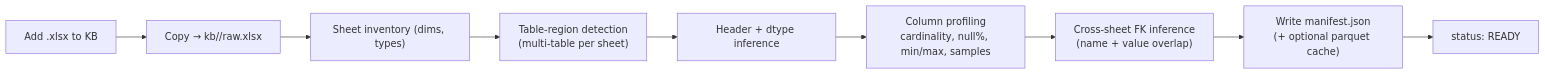
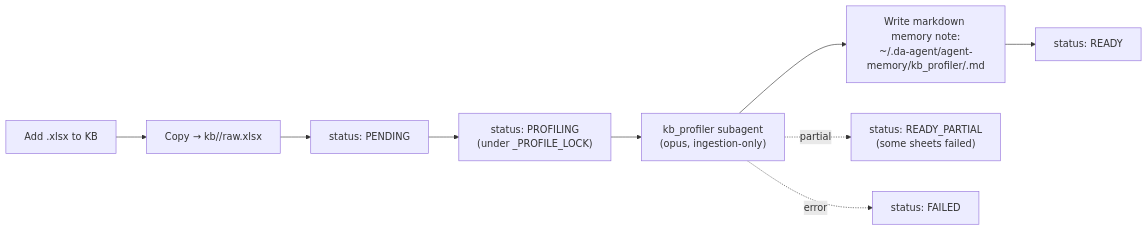
Before and after one commit to PhuongBui712/da-agent-be: the second of 11 diagrams in docs/technical-spec.md, drawn with Mermaid. The commit also changed other lines of this file and 2 other files, not shown here.

````diff
--- a/docs/technical-spec.md
+++ b/docs/technical-spec.md
@@ -108,11 +119,11 @@
 ```mermaid
 flowchart LR
   A["Add .xlsx to KB"] --> B["Copy → kb/<id>/raw.xlsx"]
-  B --> C["Sheet inventory (dims, types)"]
-  C --> D["Table-region detection<br/>(multi-table per sheet)"]
-  D --> E["Header + dtype inference"]
-  E --> F["Column profiling<br/>cardinality, null%, min/max, samples"]
-  F --> G["Cross-sheet FK inference<br/>(name + value overlap)"]
-  G --> H["Write manifest.json<br/>(+ optional parquet cache)"]
-  H --> I["status: READY"]
+  B --> P["status: PENDING"]
+  P --> S["status: PROFILING<br/>(under _PROFILE_LOCK)"]
+  S --> KP["kb_profiler subagent<br/>(opus, ingestion-only)"]
+  KP --> M["Write markdown memory note:<br/>~/.da-agent/agent-memory/kb_profiler/<kb_id>.md"]
+  M --> R["status: READY"]
+  KP -.partial.-> RP["status: READY_PARTIAL<br/>(some sheets failed)"]
+  KP -.error.-> F["status: FAILED"]
 ```
````
